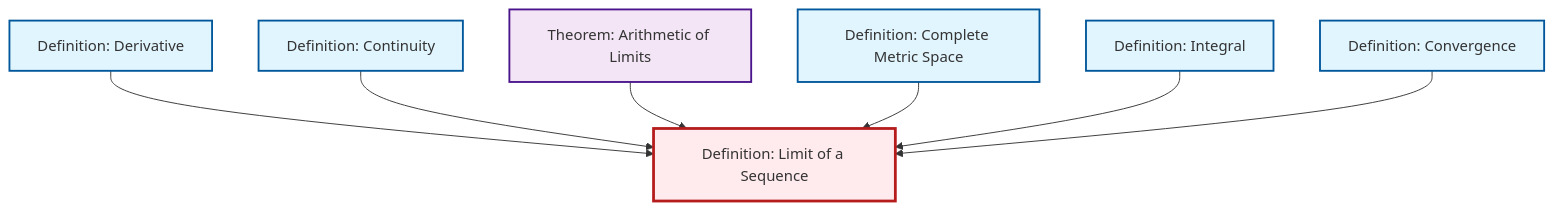
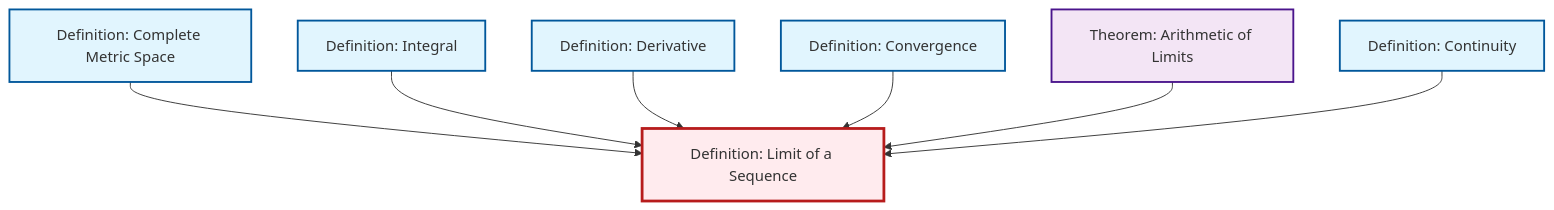
The diagram in output/mermaid/def-limit.mermaid (RK0429/ModernMath), drawn with Mermaid before and after one commit. The commit also changed other lines of this file and 1126 other files, not shown here.

````diff
--- a/output/mermaid/def-limit.mermaid
+++ b/output/mermaid/def-limit.mermaid
@@ -1,23 +1,23 @@
 ```{mermaid}
 %%| fig-cap: "Local dependency graph"
 graph TD
     classDef definition fill:#e1f5fe,stroke:#01579b,stroke-width:2px
     classDef theorem fill:#f3e5f5,stroke:#4a148c,stroke-width:2px
     classDef axiom fill:#fff3e0,stroke:#e65100,stroke-width:2px
     classDef example fill:#e8f5e9,stroke:#1b5e20,stroke-width:2px
     classDef current fill:#ffebee,stroke:#b71c1c,stroke-width:3px
+    def-convergence["Definition: Convergence"]:::definition
     def-continuity["Definition: Continuity"]:::definition
+    def-derivative["Definition: Derivative"]:::definition
+    def-complete-metric-space["Definition: Complete Metric Space"]:::definition
+    def-integral["Definition: Integral"]:::definition
     def-limit["Definition: Limit of a Sequence"]:::definition
-    def-convergence["Definition: Convergence"]:::definition
-    def-complete-metric-space["Definition: Complete Metric Space"]:::definition
     thm-limit-arithmetic["Theorem: Arithmetic of Limits"]:::theorem
-    def-integral["Definition: Integral"]:::definition
-    def-derivative["Definition: Derivative"]:::definition
-    def-derivative --> def-limit
-    def-continuity --> def-limit
-    thm-limit-arithmetic --> def-limit
     def-complete-metric-space --> def-limit
     def-integral --> def-limit
+    def-derivative --> def-limit
     def-convergence --> def-limit
+    thm-limit-arithmetic --> def-limit
+    def-continuity --> def-limit
     class def-limit current
 ```
````
